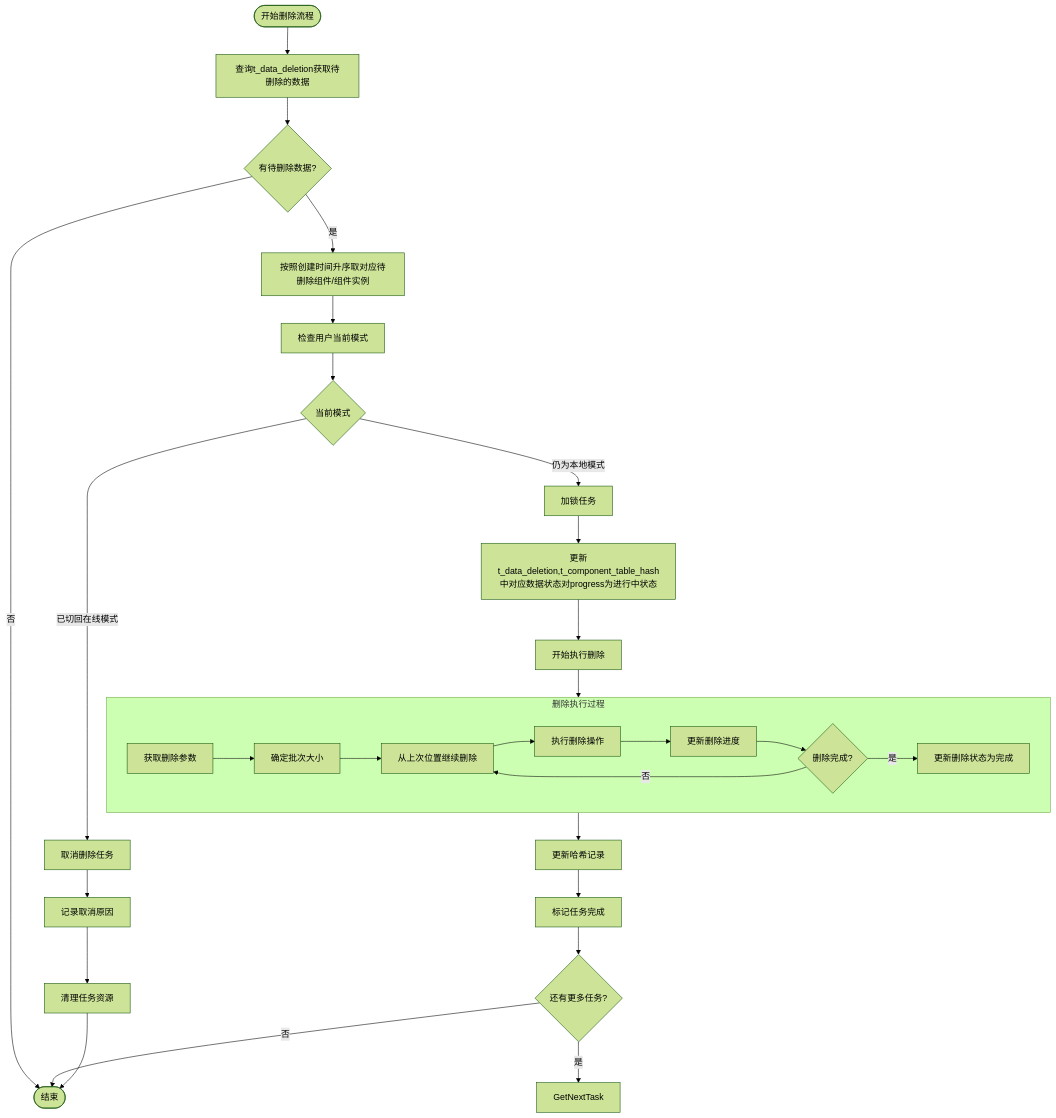
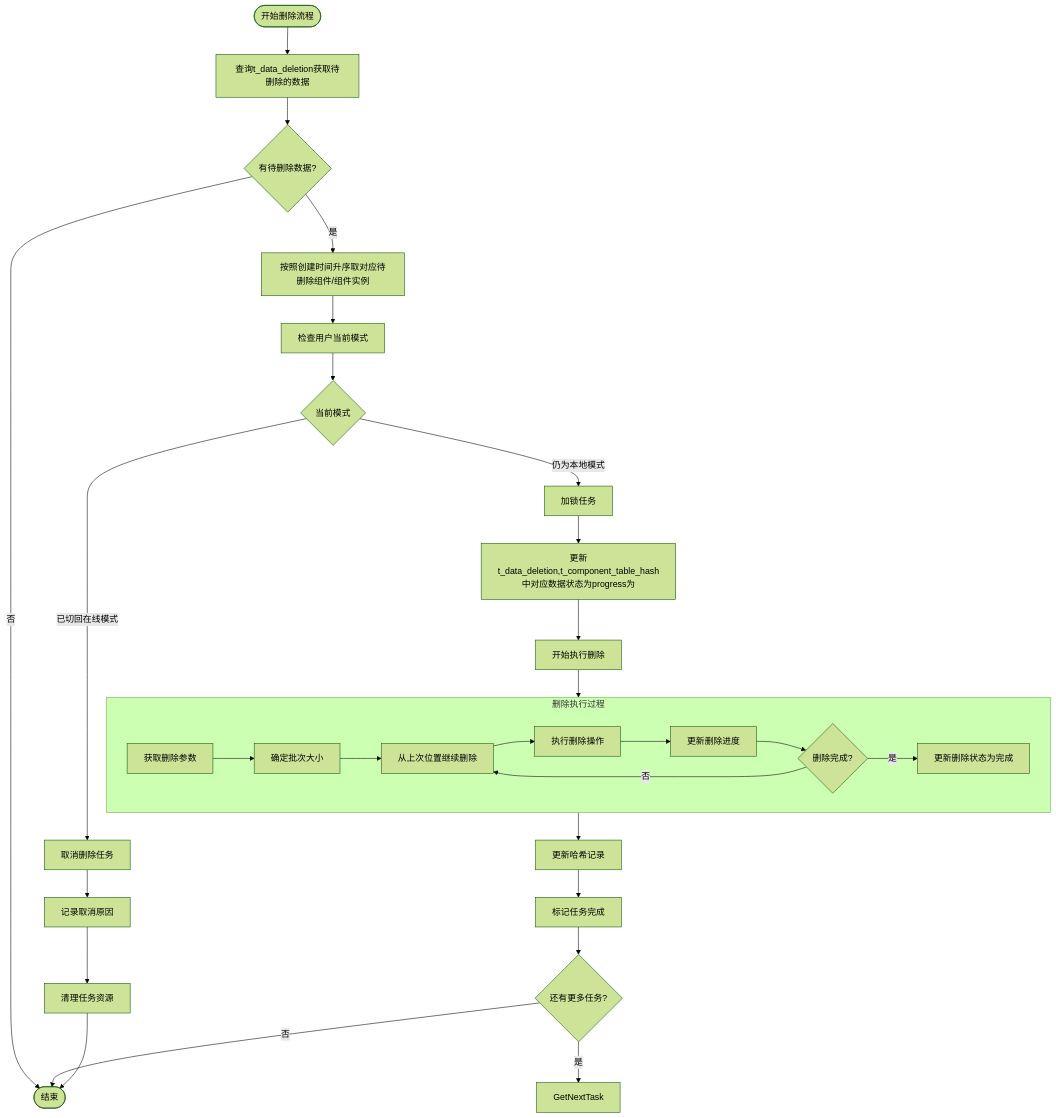
One commit to yingjianzh/iodraw-files changed the diagram in all/未命名-51.md. Above: the diagram before and after it, drawn with Mermaid (forest theme).

Commit message:
2025-05-08 15:29:15 update

````diff
--- a/all/未命名-51.md
+++ b/all/未命名-51.md
@@ -1,41 +1,41 @@
 ```mermaid
 flowchart TD
     Start([开始删除流程]) --> FetchTasks[查询t_data_deletion获取待删除的数据]
     FetchTasks --> HasTasks{有待删除数据?}
     
     HasTasks -->|否| End([结束])
     HasTasks -->|是| PrioritizeTasks[按照创建时间升序取对应待删除组件/组件实例]
     
     PrioritizeTasks --> CheckUserMode[检查用户当前模式]
     
     CheckUserMode --> CurrentMode{当前模式}
     CurrentMode -->|已切回在线模式| TaskCancel[取消删除任务]
     CurrentMode -->|仍为本地模式| LockTask[加锁任务]
     
-    LockTask --> UpdateStatus[更新t_data_deletion,t_component_table_hash中对应数据状态对progress为进行中状态]
+    LockTask --> UpdateStatus[更新t_data_deletion,t_component_table_hash中对应数据状态为progress为]
     UpdateStatus --> BeginDeletion[开始执行删除]
     
     subgraph DeletionProcess [删除执行过程]
         A[获取删除参数] --> B[确定批次大小]
         B --> C[从上次位置继续删除]
         C --> D[执行删除操作]
         D --> E[更新删除进度]
         E --> F{删除完成?}
         F -->|否| C
         F -->|是| G[更新删除状态为完成]
     end
     
     BeginDeletion --> DeletionProcess
     
     DeletionProcess --> UpdateHashRecord[更新哈希记录]
     UpdateHashRecord --> MarkCompleted[标记任务完成]
     
     TaskCancel --> LogCancellation[记录取消原因]
     LogCancellation --> CleanupTask[清理任务资源]
     
     MarkCompleted --> CheckMoreTasks{还有更多任务?}
     CheckMoreTasks -->|是| GetNextTask
     CheckMoreTasks -->|否| End
     
     CleanupTask --> End
 ```
````
